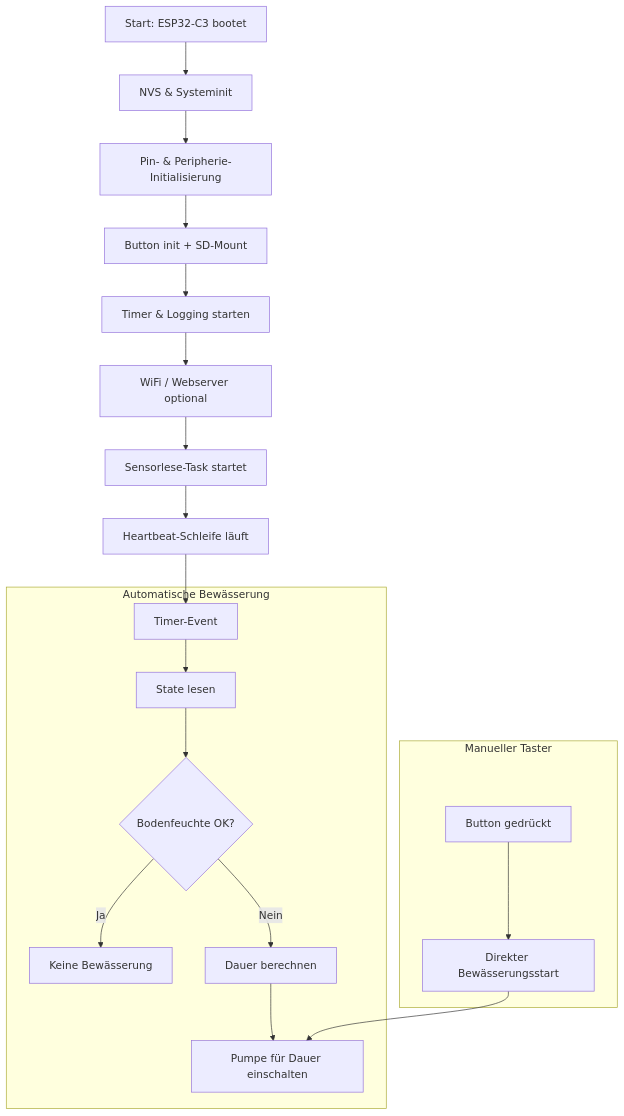
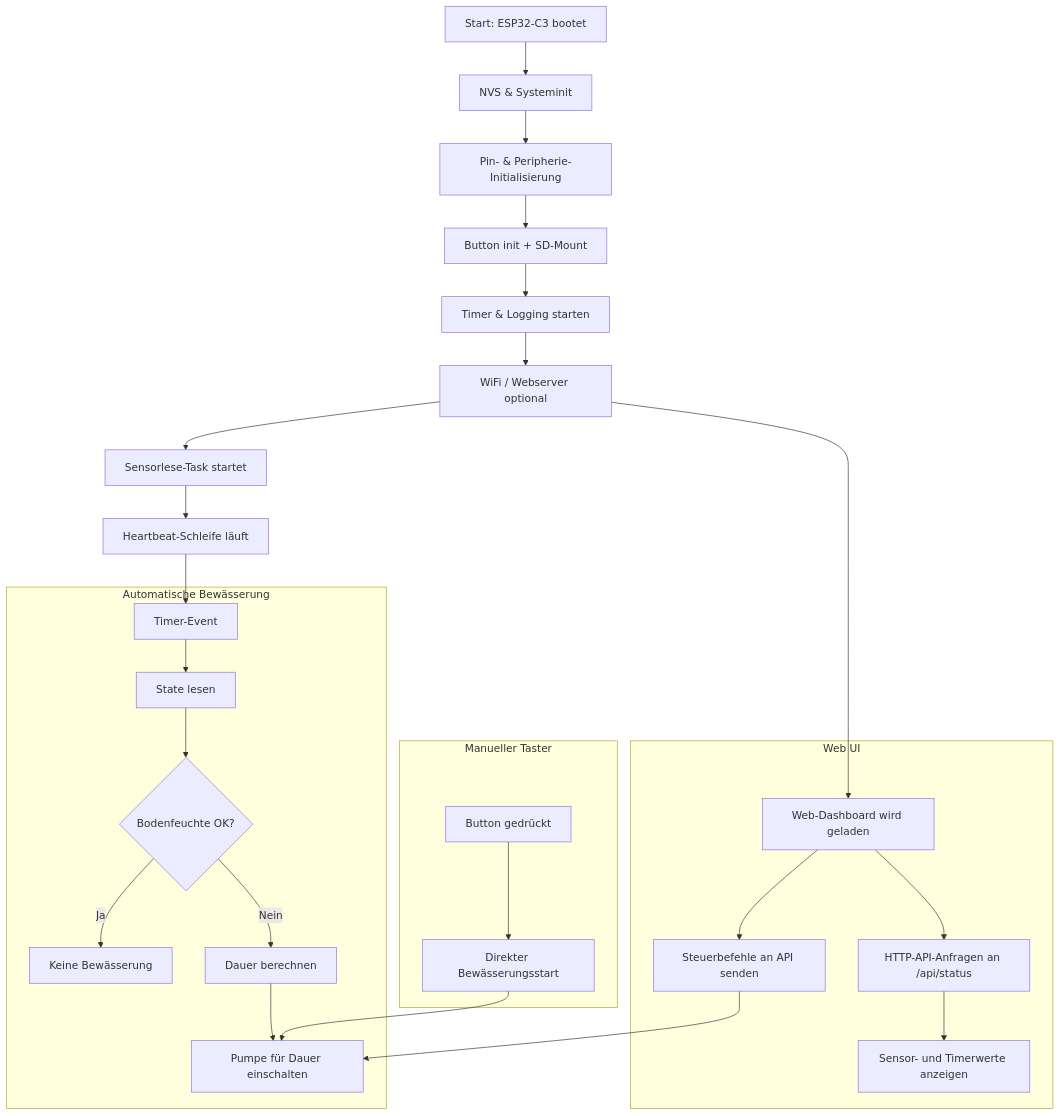
The diagram in README.md (Phantom-448/Plant_Irigation), drawn with Mermaid before and after one commit. The commit also changed other lines of this file, not shown here.

````diff
--- a/README.md
+++ b/README.md
@@ -63,25 +63,34 @@
 ```mermaid
 flowchart TD
     A[Start: ESP32-C3 bootet] --> B[NVS & Systeminit]
     B --> C[Pin- & Peripherie-Initialisierung]
     C --> D[Button init + SD-Mount]
     D --> E[Timer & Logging starten]
     E --> F[WiFi / Webserver optional]
     F --> G[Sensorlese-Task startet]
     G --> H[Heartbeat-Schleife läuft]
 
+    subgraph Web UI
+        W[Web-Dashboard wird geladen]
+        W --> X[HTTP-API-Anfragen an /api/status]
+        X --> Y[Sensor- und Timerwerte anzeigen]
+        W --> Z[Steuerbefehle an API senden]
+    end
+
     subgraph Automatische Bewässerung
         I[Timer-Event] --> J[State lesen]
         J --> K{Bodenfeuchte OK?}
         K -- Ja --> L[Keine Bewässerung]
         K -- Nein --> M[Dauer berechnen]
         M --> N[Pumpe für Dauer einschalten]
     end
 
-    H --> I
-
     subgraph Manueller Taster
         O[Button gedrückt] --> P[Direkter Bewässerungsstart]
         P --> N
     end
+
+    H --> I
+    F --> W
+    Z --> N
 ```
````
